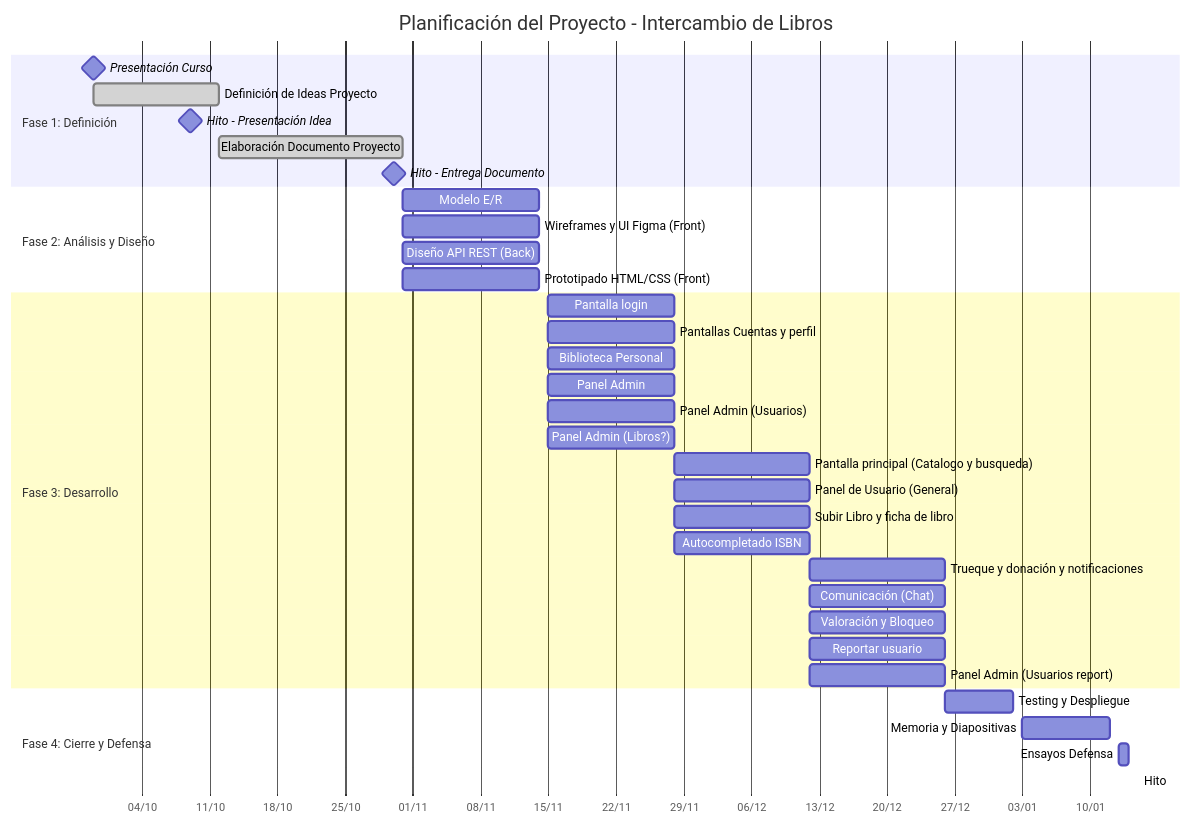
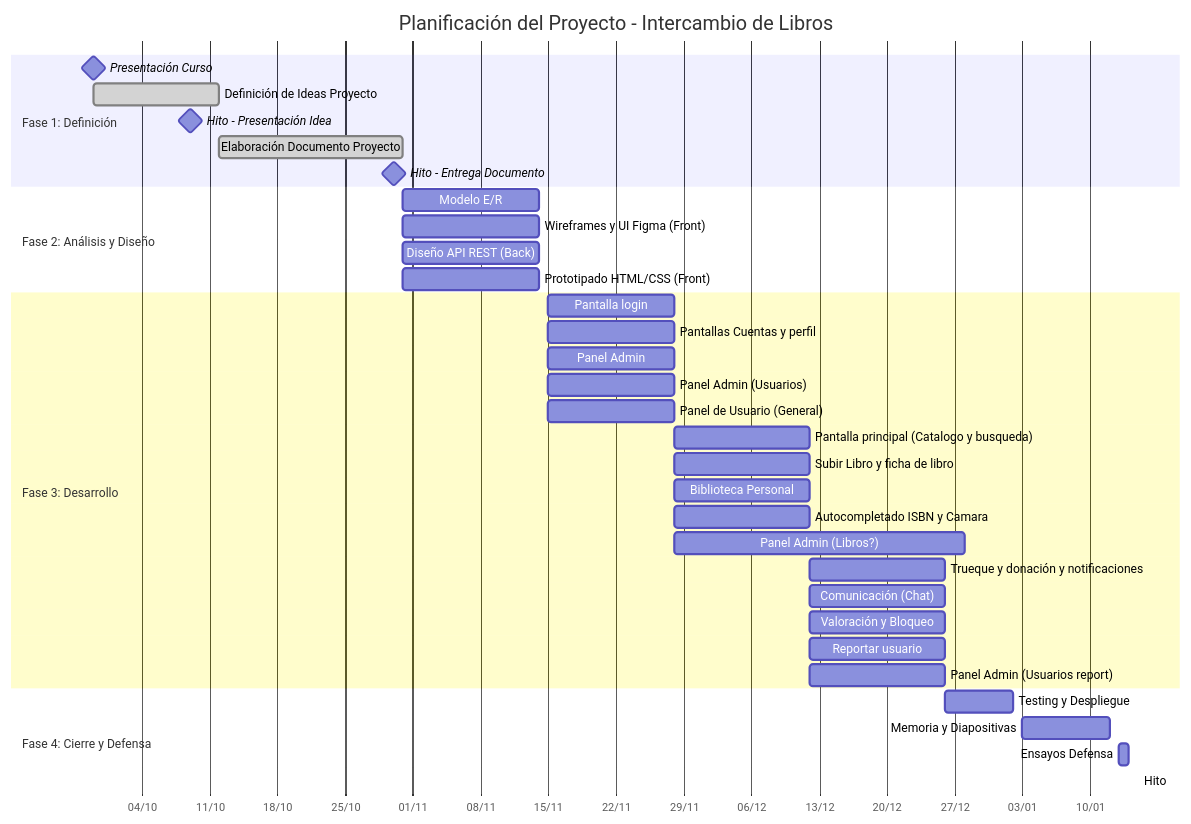
One commit to librolibre/librolibre changed the diagram in README.md. Above: the diagram before and after it, drawn with Mermaid.

Commit message:
Reordenamos cronograma

````diff
--- a/README.md
+++ b/README.md
@@ -13,42 +13,42 @@
 ```mermaid
 gantt
     title Planificación del Proyecto - Intercambio de Libros
     dateFormat  YYYY-MM-DD
     axisFormat %d/%m
     
     section Fase 1: Definición
     Presentación Curso              :milestone, 2026-09-29, 0d
     Definición de Ideas Proyecto    :done, 2026-09-29, 2026-10-12
     Hito - Presentación Idea        :milestone, 2026-10-09, 0d
     Elaboración Documento Proyecto  :done, 2026-10-12, 2026-10-31
     Hito - Entrega Documento        :milestone, 2026-10-30, 0d
 
     section Fase 2: Análisis y Diseño
     Modelo E/R                      :2026-10-31, 2026-11-14
     Wireframes y UI Figma (Front)   :2026-10-31, 2026-11-14
     Diseño API REST (Back)          :2026-10-31, 2026-11-14
     Prototipado HTML/CSS (Front)    :2026-10-31, 2026-11-14
 
     section Fase 3: Desarrollo
     Pantalla login                  :2026-11-15, 2026-11-28
     Pantallas Cuentas y perfil      :2026-11-15, 2026-11-28
-    Biblioteca Personal             :2026-11-15, 2026-11-28
     Panel Admin                     :2026-11-15, 2026-11-28
     Panel Admin (Usuarios)          :2026-11-15, 2026-11-28
-    Panel Admin (Libros?)           :2026-11-15, 2026-11-28
+    Panel de Usuario (General)      :2026-11-15, 2026-11-28
     Pantalla principal (Catalogo y busqueda)              :2026-11-28, 2026-12-12
-    Panel de Usuario (General)      :2026-11-28, 2026-12-12
     Subir Libro y ficha de libro    :2026-11-28, 2026-12-12
-    Autocompletado ISBN             :2026-11-28, 2026-12-12
+    Biblioteca Personal             :2026-11-28, 2026-12-12
+    Autocompletado ISBN y Camara    :2026-11-28, 2026-12-12
+    Panel Admin (Libros?)           :2026-11-28, 2026-12-28
     Trueque y donación y notificaciones                    :2026-12-12, 2026-12-26
     Comunicación (Chat)             :2026-12-12, 2026-12-26
     Valoración y Bloqueo            :2026-12-12, 2026-12-26
     Reportar usuario                :2026-12-12, 2026-12-26
     Panel Admin (Usuarios report)   :2026-12-12, 2026-12-26
 
     section Fase 4: Cierre y Defensa
     Testing y Despliegue           :2026-12-26, 2027-01-02
     Memoria y Diapositivas         :2027-01-03, 2027-01-12
     Ensayos Defensa                :2027-01-13, 2027-01-14
     Hito: Defensa Oral             :milestone, 2027-01-15, 0d
 ```
````
